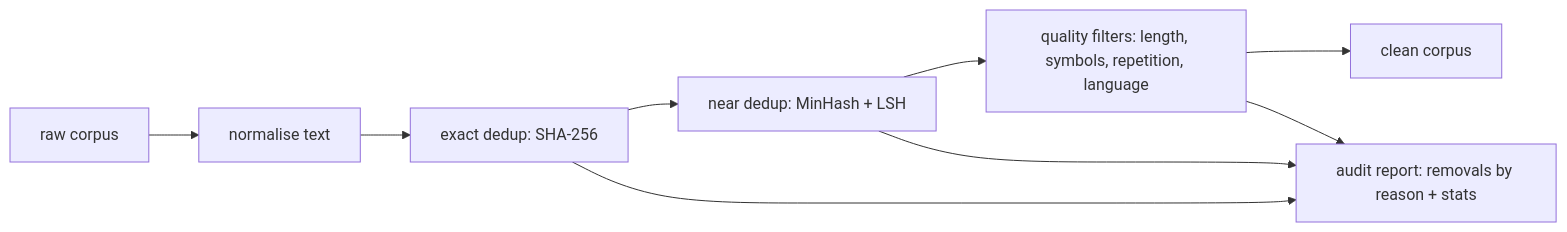
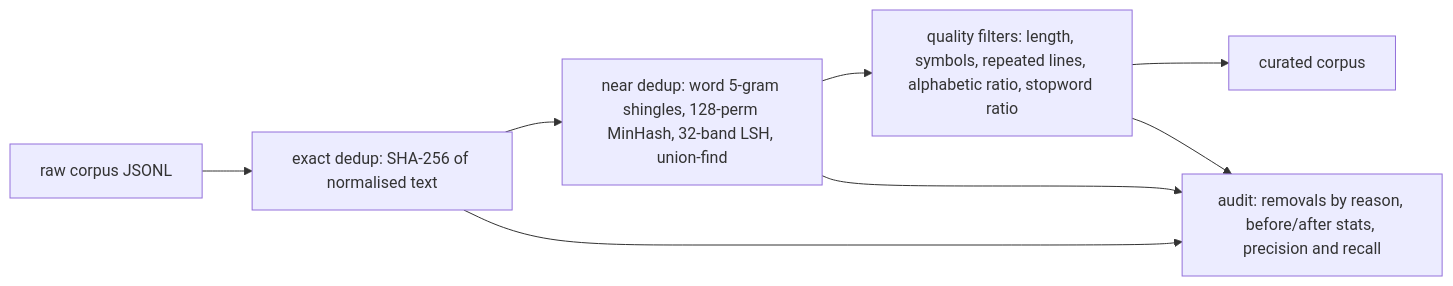
Before and after one commit to Saigwe/text-dedup-quality-pipeline: the diagram in README.md, drawn with Mermaid. The commit also changed other lines of this file and 8 other files, not shown here.

Commit message:
Implement MinHash LSH dedup, quality filters and scored audit

````diff
--- a/README.md
+++ b/README.md
@@ -14,9 +8,8 @@
 ```mermaid
 flowchart LR
-    R[raw corpus] --> N[normalise text]
-    N --> E[exact dedup: SHA-256]
-    E --> M[near dedup: MinHash + LSH]
-    M --> Q[quality filters: length, symbols, repetition, language]
-    Q --> C[clean corpus]
-    E & M & Q --> A[audit report: removals by reason + stats]
+    R[raw corpus JSONL] --> E[exact dedup: SHA-256 of normalised text]
+    E --> M[near dedup: word 5-gram shingles, 128-perm MinHash, 32-band LSH, union-find]
+    M --> Q[quality filters: length, symbols, repeated lines, alphabetic ratio, stopword ratio]
+    Q --> C[curated corpus]
+    E & M & Q --> A[audit: removals by reason, before/after stats, precision and recall]
 ```
````
